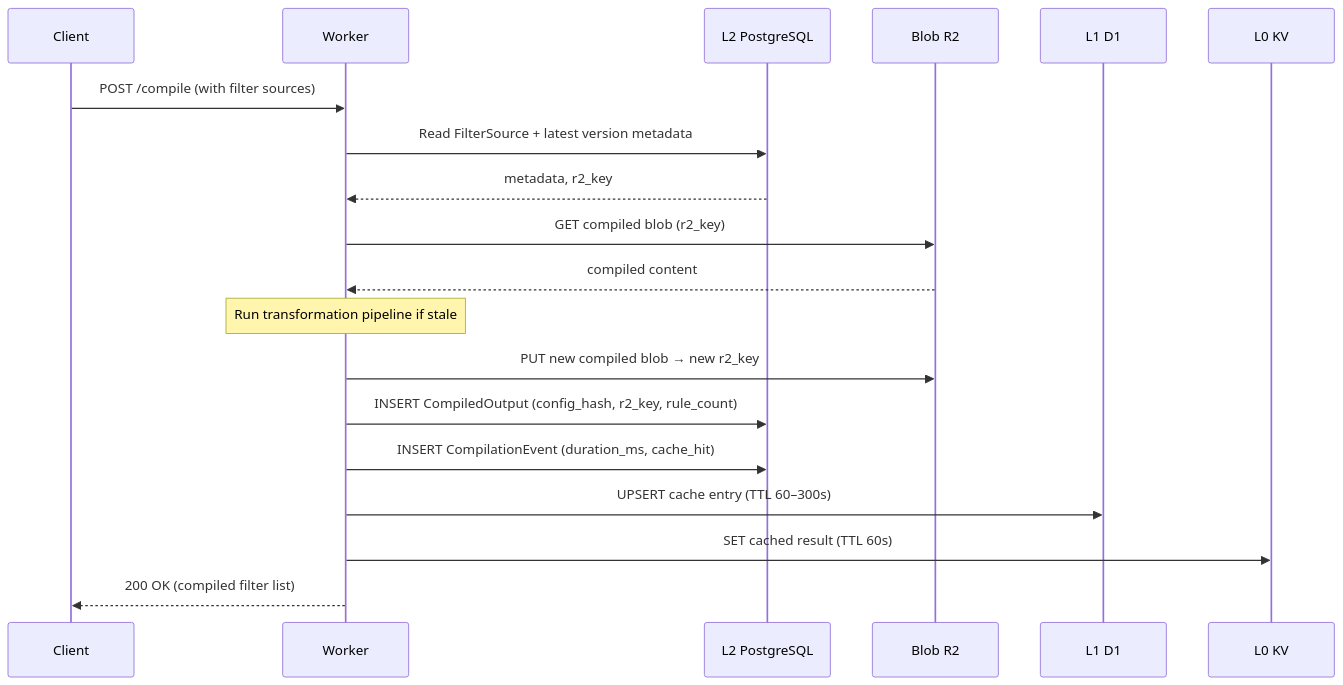
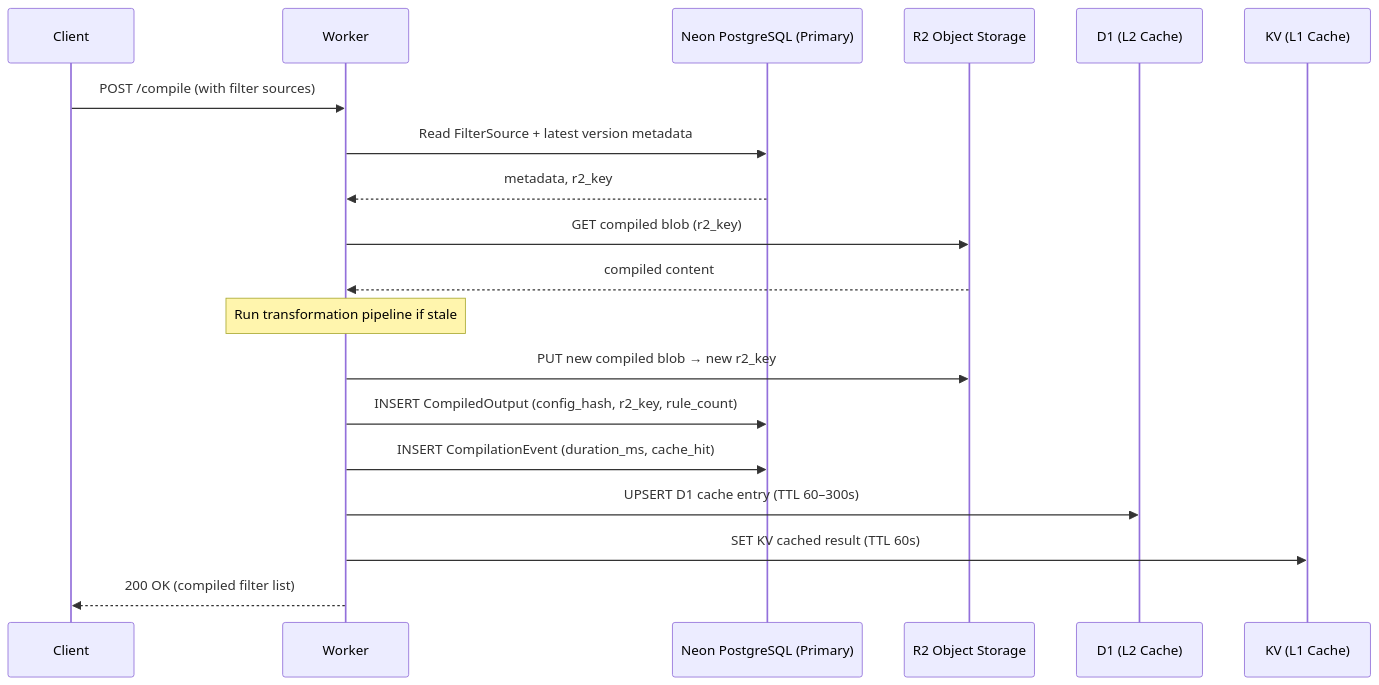
One commit to jaypatrick/adblock-compiler changed the fifth of 9 diagrams in docs/database-setup/DATABASE_ARCHITECTURE.md. Above: the diagram before and after it, drawn with Mermaid. The commit also changed other lines of this file and 7 other files, not shown here.

````diff
--- a/docs/database-setup/DATABASE_ARCHITECTURE.md
+++ b/docs/database-setup/DATABASE_ARCHITECTURE.md
@@ -154,24 +154,24 @@
 ```mermaid
 sequenceDiagram
     participant C as Client
     participant W as Worker
-    participant PG as L2 PostgreSQL
-    participant R2 as Blob R2
-    participant D1 as L1 D1
-    participant KV as L0 KV
+    participant PG as Neon PostgreSQL (Primary)
+    participant R2 as R2 Object Storage
+    participant D1 as D1 (L2 Cache)
+    participant KV as KV (L1 Cache)
 
     C->>W: POST /compile (with filter sources)
     W->>PG: Read FilterSource + latest version metadata
     PG-->>W: metadata, r2_key
     W->>R2: GET compiled blob (r2_key)
     R2-->>W: compiled content
 
     Note over W: Run transformation pipeline if stale
 
     W->>R2: PUT new compiled blob → new r2_key
     W->>PG: INSERT CompiledOutput (config_hash, r2_key, rule_count)
     W->>PG: INSERT CompilationEvent (duration_ms, cache_hit)
-    W->>D1: UPSERT cache entry (TTL 60–300s)
-    W->>KV: SET cached result (TTL 60s)
+    W->>D1: UPSERT D1 cache entry (TTL 60–300s)
+    W->>KV: SET KV cached result (TTL 60s)
     W-->>C: 200 OK (compiled filter list)
 ```
````
